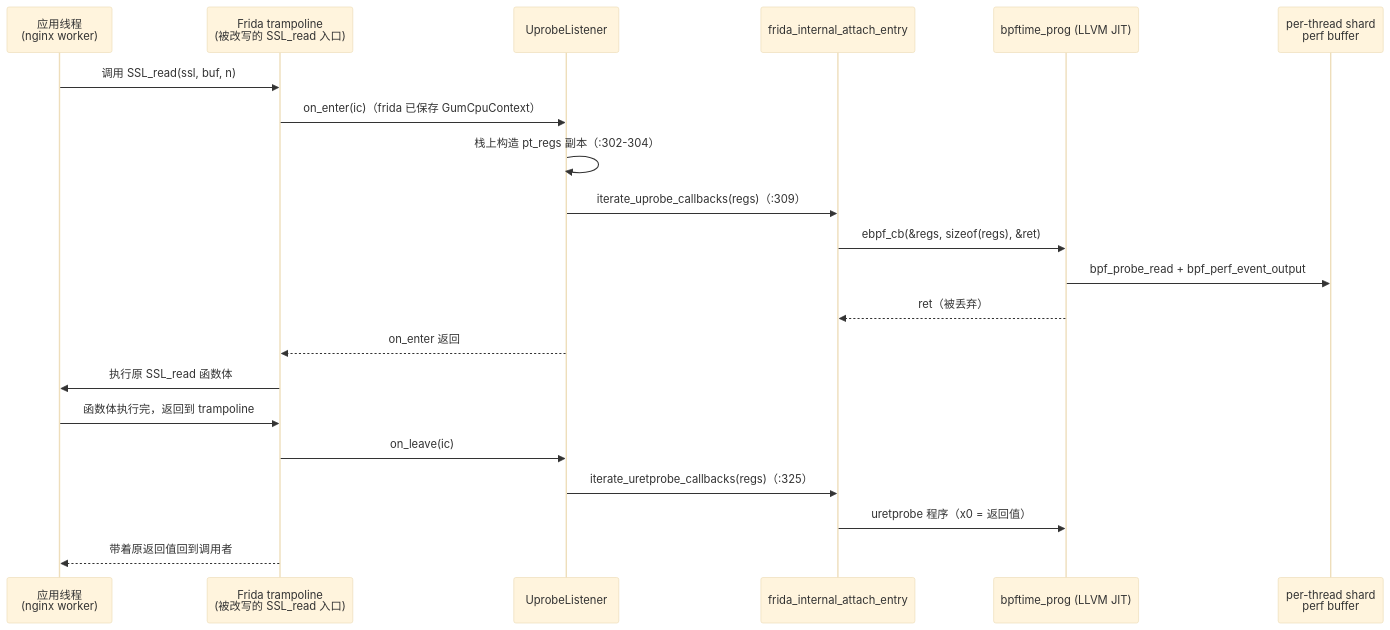
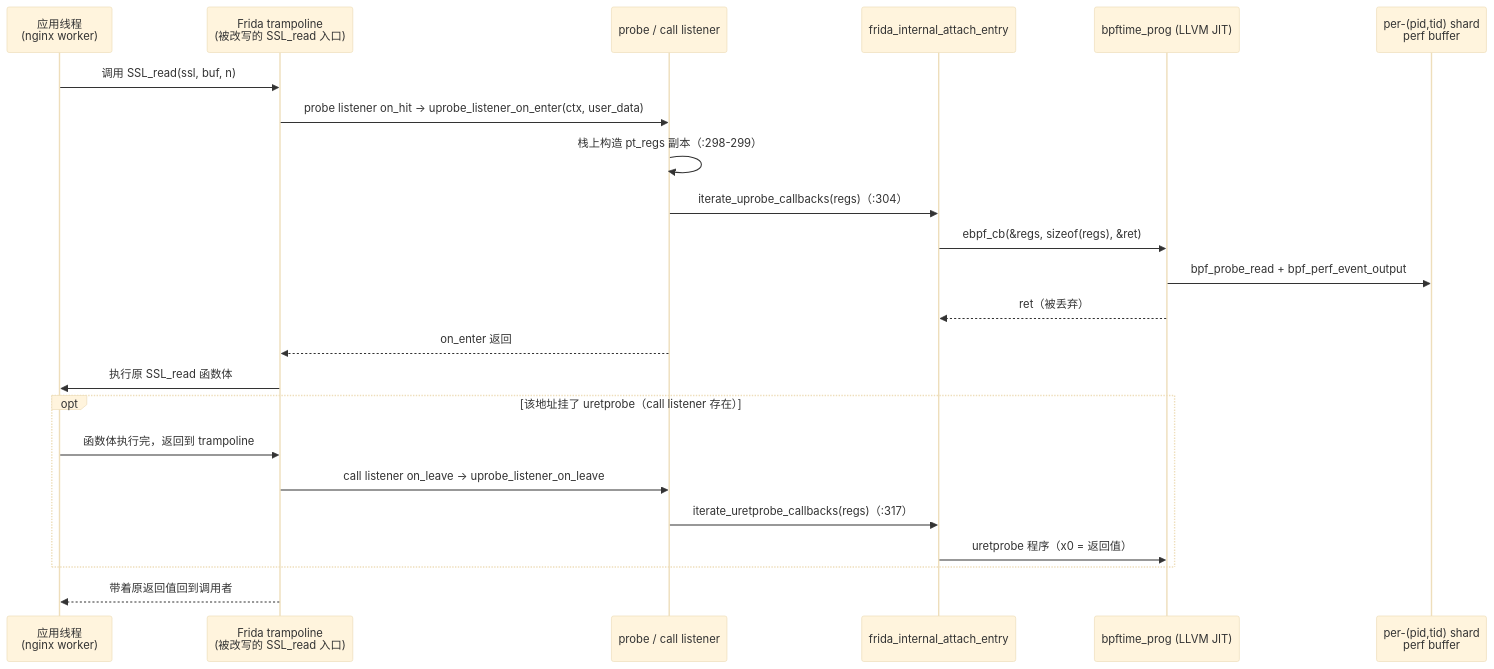
Before and after one commit to plsy1/bpftime-benchmark: the second of 2 diagrams in 04-attach-frida.md, drawn with Mermaid (base theme). The commit also changed other lines of this file and 9 other files, not shown here.

````diff
--- a/04-attach-frida.md
+++ b/04-attach-frida.md
@@ -208,24 +288,26 @@
 ```mermaid
 sequenceDiagram
     participant App as 应用线程<br/>(nginx worker)
     participant Tramp as Frida trampoline<br/>(被改写的 SSL_read 入口)
-    participant L as UprobeListener
+    participant L as probe / call listener
     participant E as frida_internal_attach_entry
     participant BPF as bpftime_prog (LLVM JIT)
-    participant Ring as per-thread shard<br/>perf buffer
+    participant Ring as per-(pid,tid) shard<br/>perf buffer
 
     App->>Tramp: 调用 SSL_read(ssl, buf, n)
-    Tramp->>L: on_enter(ic)（frida 已保存 GumCpuContext）
-    L->>L: 栈上构造 pt_regs 副本（:302-304）
-    L->>E: iterate_uprobe_callbacks(regs)（:309）
+    Tramp->>L: probe listener on_hit → uprobe_listener_on_enter(ctx, user_data)
+    L->>L: 栈上构造 pt_regs 副本（:298-299）
+    L->>E: iterate_uprobe_callbacks(regs)（:304）
     E->>BPF: ebpf_cb(&regs, sizeof(regs), &ret)
     BPF->>Ring: bpf_probe_read + bpf_perf_event_output
     BPF-->>E: ret（被丢弃）
     L-->>Tramp: on_enter 返回
     Tramp->>App: 执行原 SSL_read 函数体
-    App->>Tramp: 函数体执行完，返回到 trampoline
-    Tramp->>L: on_leave(ic)
-    L->>E: iterate_uretprobe_callbacks(regs)（:325）
-    E->>BPF: uretprobe 程序（x0 = 返回值）
+    opt 该地址挂了 uretprobe（call listener 存在）
+        App->>Tramp: 函数体执行完，返回到 trampoline
+        Tramp->>L: call listener on_leave → uprobe_listener_on_leave
+        L->>E: iterate_uretprobe_callbacks(regs)（:317）
+        E->>BPF: uretprobe 程序（x0 = 返回值）
+    end
     Tramp-->>App: 带着原返回值回到调用者
 ```
````
